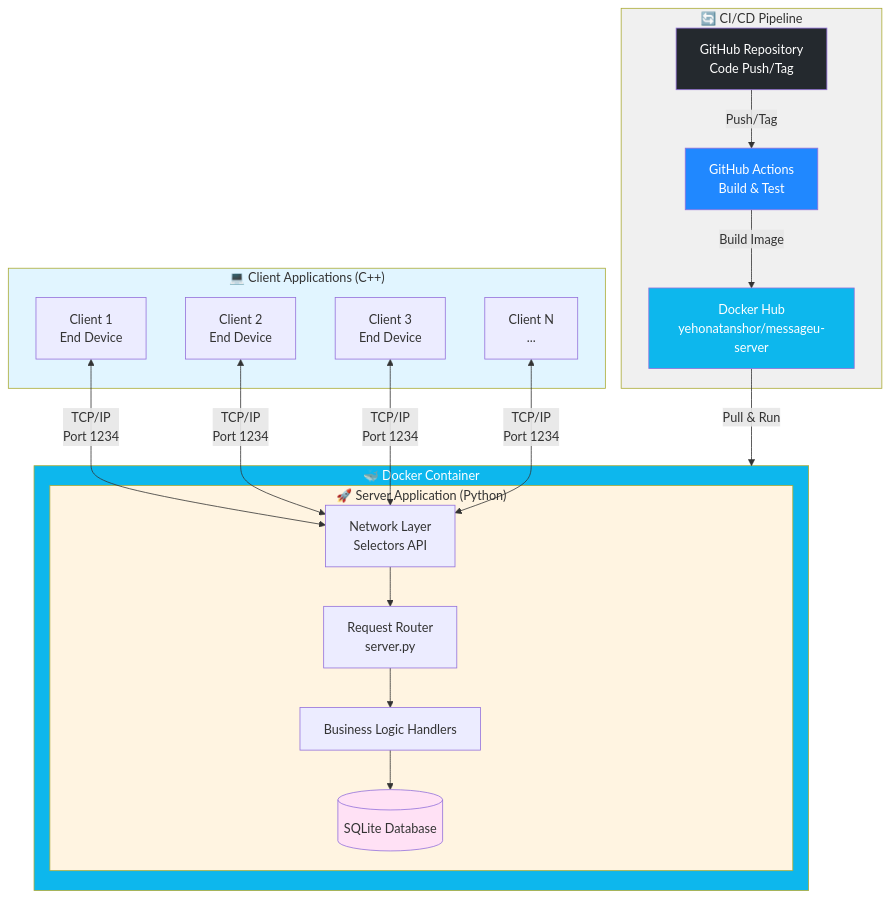
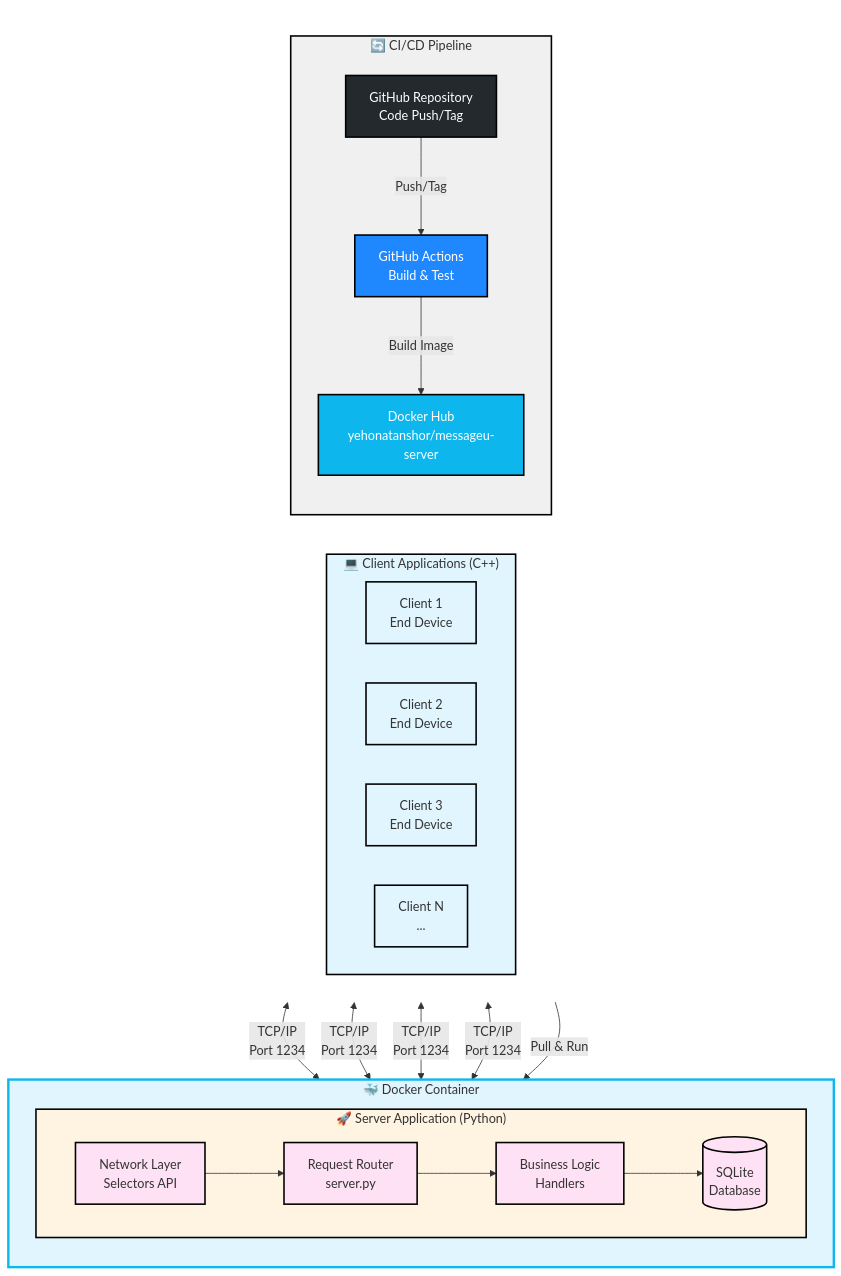
The first of 21 diagrams in SYSTEM_FLOW.md (YehonatanShor/MessageU-Secure-Messaging-System), drawn with Mermaid before and after one commit.

Commit message:
docs: Improve System Architecture Overview diagram layout
Restructure diagram for better GitHub display and visual alignment
with Excalidraw design. Use compact horizontal layout to prevent
clipping while maintaining all architectural components.

````diff
--- a/SYSTEM_FLOW.md
+++ b/SYSTEM_FLOW.md
@@ -26,46 +26,60 @@
 ```mermaid
-graph TB
-    subgraph CI_CD["🔄 CI/CD Pipeline"]
-        GitHub[GitHub Repository<br/>Code Push/Tag]
-        Actions[GitHub Actions<br/>Build & Test]
-        DockerHub[Docker Hub<br/>yehonatanshor/messageu-server]
+flowchart TB
+    subgraph TopRow[" "]
+        direction LR
+        subgraph Clients["💻 Client Applications (C++)"]
+            direction LR
+            Client1["Client 1<br/>End Device"]
+            Client2["Client 2<br/>End Device"]
+            Client3["Client 3<br/>End Device"]
+            ClientN["Client N<br/>..."]
+        end
+
+        subgraph CI_CD["🔄 CI/CD Pipeline"]
+            direction TB
+            GitHub["GitHub Repository<br/>Code Push/Tag"]
+            Actions["GitHub Actions<br/>Build & Test"]
+            DockerHub["Docker Hub<br/>yehonatanshor/messageu-server"]
+            GitHub -->|Push/Tag| Actions
+            Actions -->|Build Image| DockerHub
+        end
     end
 
     subgraph DockerContainer["🐳 Docker Container"]
+        direction TB
         subgraph Server["🚀 Server Application (Python)"]
-            ServerNetwork[Network Layer<br/>Selectors API]
-            RequestRouter[Request Router<br/>server.py]
-            HandlersServer[Business Logic Handlers]
-            Database[(SQLite Database)]
+            direction LR
+            ServerNetwork["Network Layer<br/>Selectors API"]
+            RequestRouter["Request Router<br/>server.py"]
+            HandlersServer["Business Logic<br/>Handlers"]
+            Database[("SQLite<br/>Database")]
+            ServerNetwork --> RequestRouter
+            RequestRouter --> HandlersServer
+            HandlersServer --> Database
         end
     end
 
-    subgraph Clients["💻 Client Applications (C++)"]
-        Client1[Client 1<br/>End Device]
-        Client2[Client 2<br/>End Device]
-        Client3[Client 3<br/>End Device]
-        ClientN[Client N<br/>...]
-    end
-
-    GitHub -->|Push/Tag| Actions
-    Actions -->|Build Image| DockerHub
     DockerHub -->|Pull & Run| DockerContainer
 
     Client1 <-->|TCP/IP<br/>Port 1234| ServerNetwork
     Client2 <-->|TCP/IP<br/>Port 1234| ServerNetwork
     Client3 <-->|TCP/IP<br/>Port 1234| ServerNetwork
     ClientN <-->|TCP/IP<br/>Port 1234| ServerNetwork
 
-    ServerNetwork --> RequestRouter
-    RequestRouter --> HandlersServer
-    HandlersServer --> Database
-
-    style DockerContainer fill:#0db7ed,color:#fff
-    style Server fill:#fff4e1
-    style Database fill:#ffe1f5
-    style Clients fill:#e1f5ff
-    style CI_CD fill:#f0f0f0
-    style GitHub fill:#24292e,color:#fff
-    style Actions fill:#2088ff,color:#fff
-    style DockerHub fill:#0db7ed,color:#fff
+    style TopRow fill:transparent,stroke:transparent
+    style DockerContainer fill:#e1f5ff,stroke:#0db7ed,stroke-width:3px
+    style Server fill:#fff4e1,stroke:#000000,stroke-width:2px
+    style Database fill:#ffe1f5,stroke:#000000,stroke-width:2px
+    style ServerNetwork fill:#ffe1f5,stroke:#000000,stroke-width:2px
+    style RequestRouter fill:#ffe1f5,stroke:#000000,stroke-width:2px
+    style HandlersServer fill:#ffe1f5,stroke:#000000,stroke-width:2px
+    style Clients fill:#e1f5ff,stroke:#000000,stroke-width:2px
+    style Client1 fill:#e1f5ff,stroke:#000000,stroke-width:2px
+    style Client2 fill:#e1f5ff,stroke:#000000,stroke-width:2px
+    style Client3 fill:#e1f5ff,stroke:#000000,stroke-width:2px
+    style ClientN fill:#e1f5ff,stroke:#000000,stroke-width:2px
+    style CI_CD fill:#f0f0f0,stroke:#000000,stroke-width:2px
+    style GitHub fill:#24292e,color:#fff,stroke:#000000,stroke-width:2px
+    style Actions fill:#2088ff,color:#fff,stroke:#000000,stroke-width:2px
+    style DockerHub fill:#0db7ed,color:#fff,stroke:#000000,stroke-width:2px
 ```
````
